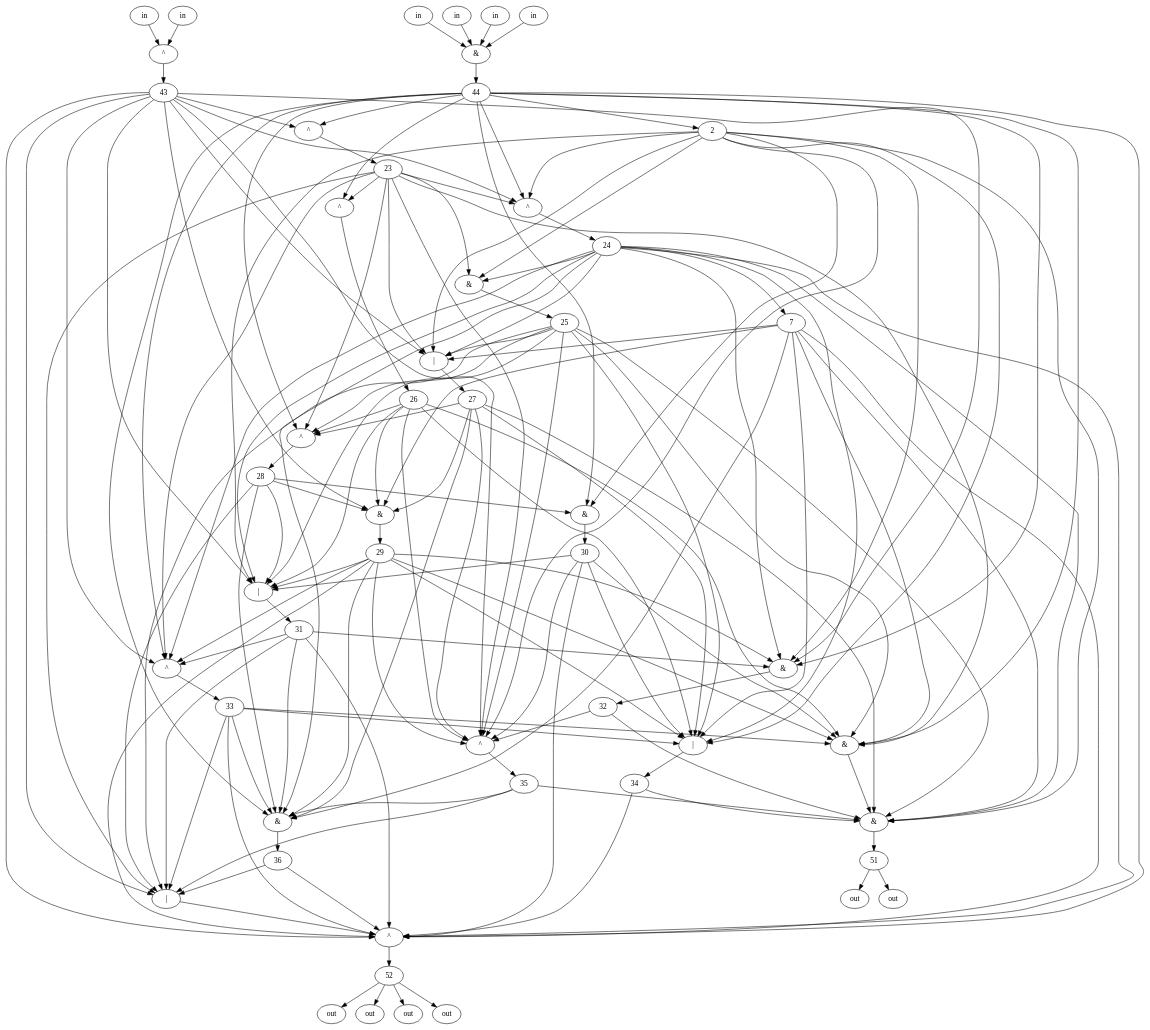
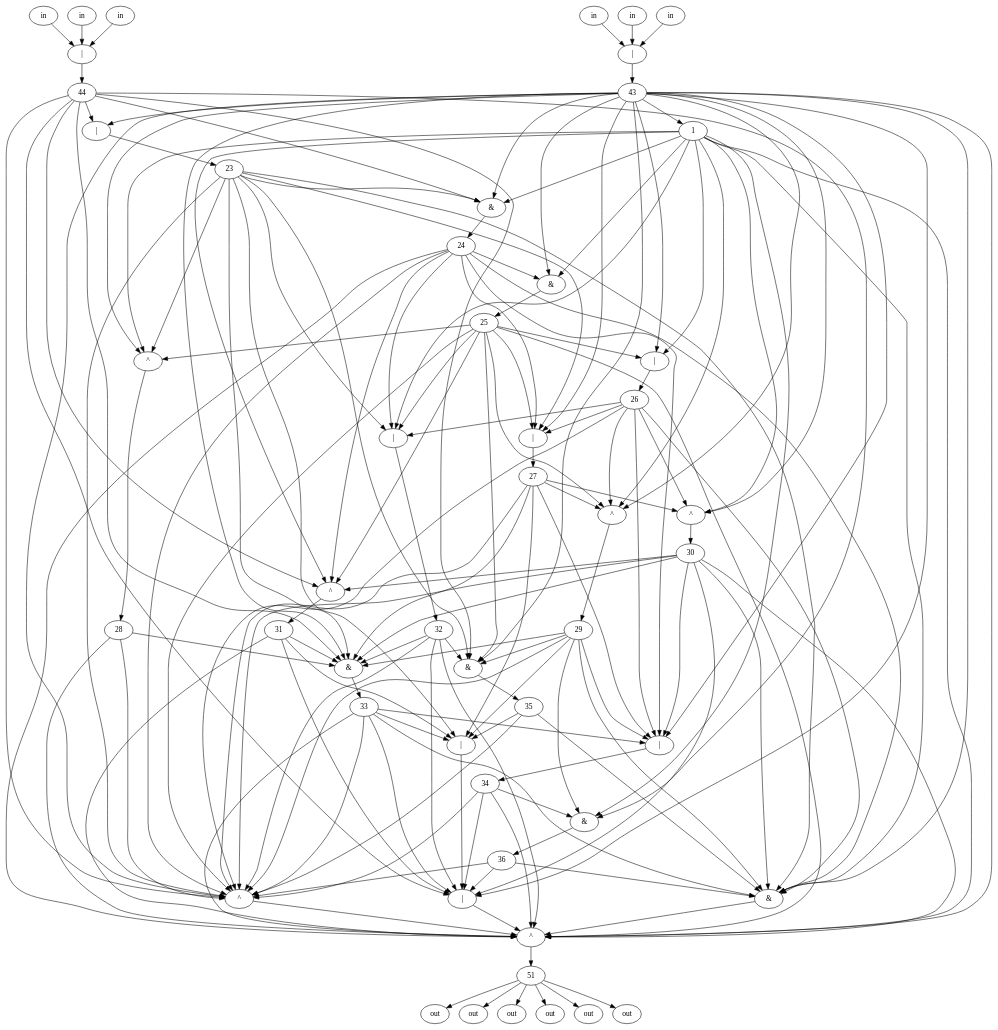
The diagram in temporary5.dot (adamsekkat1/projetInfo), drawn with Graphviz before and after one commit. The commit also changed 24 other files, not shown here.

```diff
--- a/temporary5.dot
+++ b/temporary5.dot
@@ -1,35 +1,36 @@
 digraph G{
-   2[input=false,output=false];
-   7[input=false,output=false];
-   18 [label="|",input=false,output=false];
-   19 [label="&",input=false,output=false];
-   22 [label="^",input=false,output=false];
+   1[input=false,output=false];
+   16 [label="|",input=false,output=false];
+   18 [label="&",input=false,output=false];
+   19 [label="^",input=false,output=false];
+   20 [label="|",input=false,output=false];
+   22 [label="|",input=false,output=false];
    23[input=false,output=false];
-   3 [label="^",input=false,output=false];
+   3 [label="&",input=false,output=false];
    24[input=false,output=false];
    4 [label="&",input=false,output=false];
    25[input=false,output=false];
-   5 [label="^",input=false,output=false];
+   5 [label="|",input=false,output=false];
    26[input=false,output=false];
    6 [label="|",input=false,output=false];
    27[input=false,output=false];
+   7 [label="^",input=false,output=false];
+   28[input=false,output=false];
    8 [label="^",input=false,output=false];
-   28[input=false,output=false];
-   9 [label="&",input=false,output=false];
    29[input=false,output=false];
-   10 [label="&",input=false,output=false];
+   9 [label="^",input=false,output=false];
    30[input=false,output=false];
+   10 [label="^",input=false,output=false];
+   31[input=false,output=false];
    11 [label="|",input=false,output=false];
-   31[input=false,output=false];
+   32[input=false,output=false];
    12 [label="&",input=false,output=false];
-   32[input=false,output=false];
-   13 [label="^",input=false,output=false];
    33[input=false,output=false];
-   14 [label="|",input=false,output=false];
+   13 [label="|",input=false,output=false];
    34[input=false,output=false];
-   15 [label="^",input=false,output=false];
+   14 [label="&",input=false,output=false];
    35[input=false,output=false];
-   16 [label="&",input=false,output=false];
+   15 [label="&",input=false,output=false];
    36[input=false,output=false];
    17 [label="in",input=true,output=false];
    37 [label="in",input=true,output=false];
@@ -37,163 +38,165 @@
    39 [label="in",input=true,output=false];
    40 [label="in",input=true,output=false];
    41 [label="in",input=true,output=false];
-   42 [label="^",input=false,output=false];
+   42 [label="|",input=false,output=false];
    43[input=false,output=false];
-   0 [label="&",input=false,output=false];
+   0 [label="|",input=false,output=false];
    44[input=false,output=false];
-   1 [label="out",input=false,output=true];
+   2 [label="out",input=false,output=true];
    45 [label="out",input=false,output=true];
    46 [label="out",input=false,output=true];
    47 [label="out",input=false,output=true];
    48 [label="out",input=false,output=true];
    49 [label="out",input=false,output=true];
-   50 [label="&",input=false,output=false];
+   50 [label="^",input=false,output=false];
    51[input=false,output=false];
-   20 [label="^",input=false,output=false];
-   52[input=false,output=false];
-   2->3;
-   2->4;
-   2->6;
-   2->10;
-   2->11;
-   2->12;
-   2->14;
-   2->15;
-   2->50;
-   7->19;
-   7->6;
-   7->9;
-   7->14;
-   7->16;
-   7->50;
-   7->20;
-   18->20;
+   1->18;
+   1->3;
+   1->4;
+   1->5;
+   1->7;
+   1->8;
+   1->9;
+   1->10;
+   1->11;
+   1->15;
+   1->50;
+   16->20;
+   18->50;
    19->50;
+   20->50;
    22->23;
+   23->16;
    23->18;
    23->19;
    23->3;
-   23->4;
-   23->5;
    23->6;
-   23->8;
-   23->13;
-   23->15;
+   23->7;
+   23->11;
+   23->12;
+   23->14;
    3->24;
-   24->7;
+   24->18;
+   24->19;
    24->4;
    24->6;
+   24->10;
    24->11;
-   24->12;
    24->13;
-   24->14;
-   24->16;
    24->50;
-   24->20;
    4->25;
-   25->18;
    25->19;
+   25->5;
    25->6;
+   25->7;
    25->8;
+   25->10;
    25->11;
    25->14;
-   25->15;
    25->50;
    5->26;
+   26->18;
    26->19;
+   26->6;
    26->8;
    26->9;
    26->11;
-   26->14;
-   26->15;
+   26->13;
    6->27;
+   27->16;
+   27->19;
    27->8;
    27->9;
-   27->14;
-   27->15;
-   27->16;
-   27->50;
-   8->28;
-   28->18;
-   28->9;
-   28->10;
-   28->11;
-   28->16;
-   9->29;
+   27->12;
+   27->13;
+   7->28;
+   28->19;
+   28->12;
+   28->50;
+   8->29;
+   29->16;
+   29->18;
    29->19;
-   29->11;
    29->12;
    29->13;
    29->14;
    29->15;
-   29->16;
-   29->20;
-   10->30;
+   9->30;
+   30->18;
    30->19;
-   30->11;
-   30->14;
-   30->15;
    30->20;
-   11->31;
-   31->18;
-   31->12;
-   31->13;
+   30->10;
+   30->12;
+   30->13;
+   30->50;
+   10->31;
    31->16;
    31->20;
-   12->32;
-   32->15;
+   31->12;
+   31->50;
+   11->32;
+   32->19;
+   32->20;
+   32->12;
+   32->14;
    32->50;
-   13->33;
+   12->33;
+   33->16;
    33->18;
    33->19;
-   33->14;
-   33->16;
    33->20;
-   14->34;
+   33->13;
+   33->50;
+   13->34;
+   34->19;
+   34->20;
+   34->15;
    34->50;
-   34->20;
-   15->35;
+   14->35;
+   35->16;
    35->18;
-   35->16;
-   35->50;
-   16->36;
+   35->19;
+   15->36;
    36->18;
+   36->19;
    36->20;
    17->42;
    37->0;
    38->42;
    39->0;
-   40->0;
+   40->42;
    41->0;
    42->43;
+   43->1;
    43->18;
+   43->19;
+   43->20;
    43->22;
    43->3;
+   43->4;
+   43->5;
    43->6;
+   43->7;
+   43->8;
    43->9;
-   43->11;
    43->12;
    43->13;
-   43->15;
-   43->20;
+   43->14;
+   43->50;
    0->44;
-   44->2;
    44->19;
+   44->20;
    44->22;
    44->3;
-   44->5;
-   44->8;
    44->10;
    44->12;
-   44->13;
-   44->16;
-   44->20;
+   44->14;
+   44->15;
    50->51;
-   51->1;
+   51->2;
+   51->45;
    51->46;
-   20->52;
-   52->45;
-   52->47;
-   52->48;
-   52->49;
+   51->47;
+   51->48;
+   51->49;
 }
```
